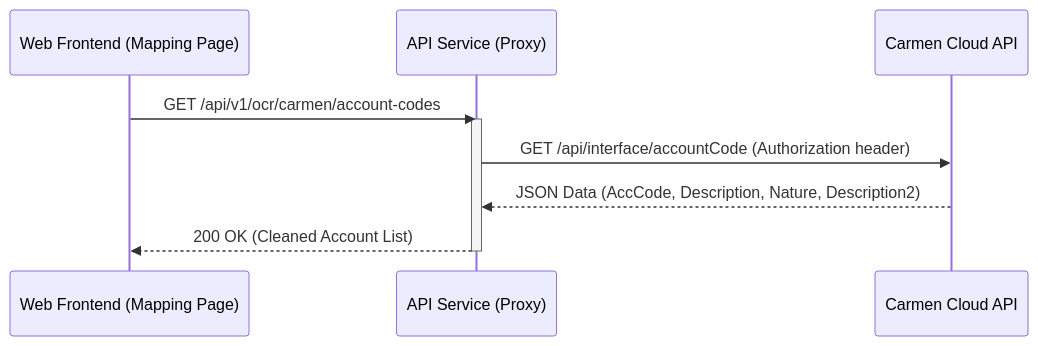
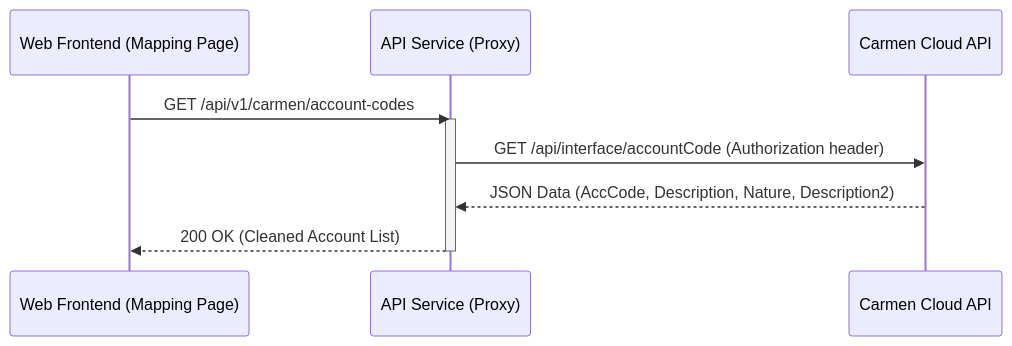
Before and after one commit to developer-carmensoftware/OCR: the fifth of 8 diagrams in docs/Software_Requirements_Specification.md, drawn with Mermaid. The commit also changed other lines of this file and 27 other files, not shown here.

````diff
--- a/docs/Software_Requirements_Specification.md
+++ b/docs/Software_Requirements_Specification.md
@@ -224,13 +224,13 @@
 ```mermaid
 sequenceDiagram
     participant UI as Web Frontend (Mapping Page)
     participant API as API Service (Proxy)
     participant Carmen as Carmen Cloud API
 
-    UI->>API: GET /api/v1/ocr/carmen/account-codes
+    UI->>API: GET /api/v1/carmen/account-codes
     activate API
     API->>Carmen: GET /api/interface/accountCode (Authorization header)
     Carmen-->>API: JSON Data (AccCode, Description, Nature, Description2)
     API-->>UI: 200 OK (Cleaned Account List)
     deactivate API
 ```
````
